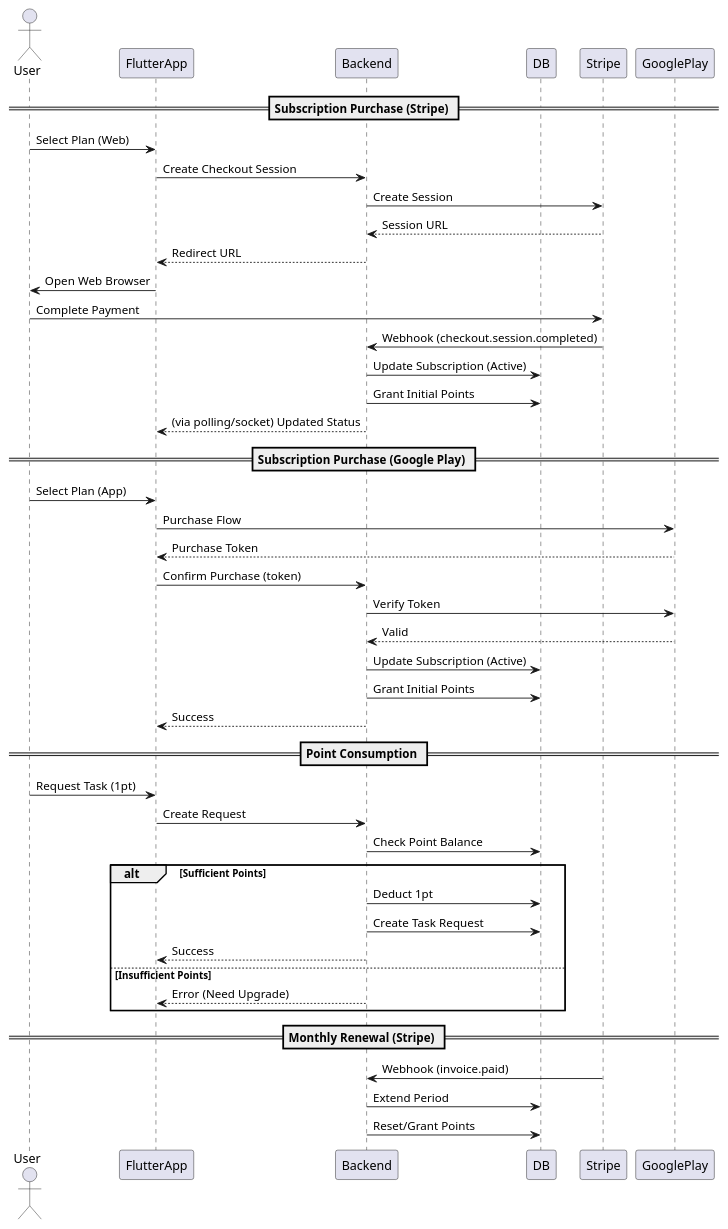
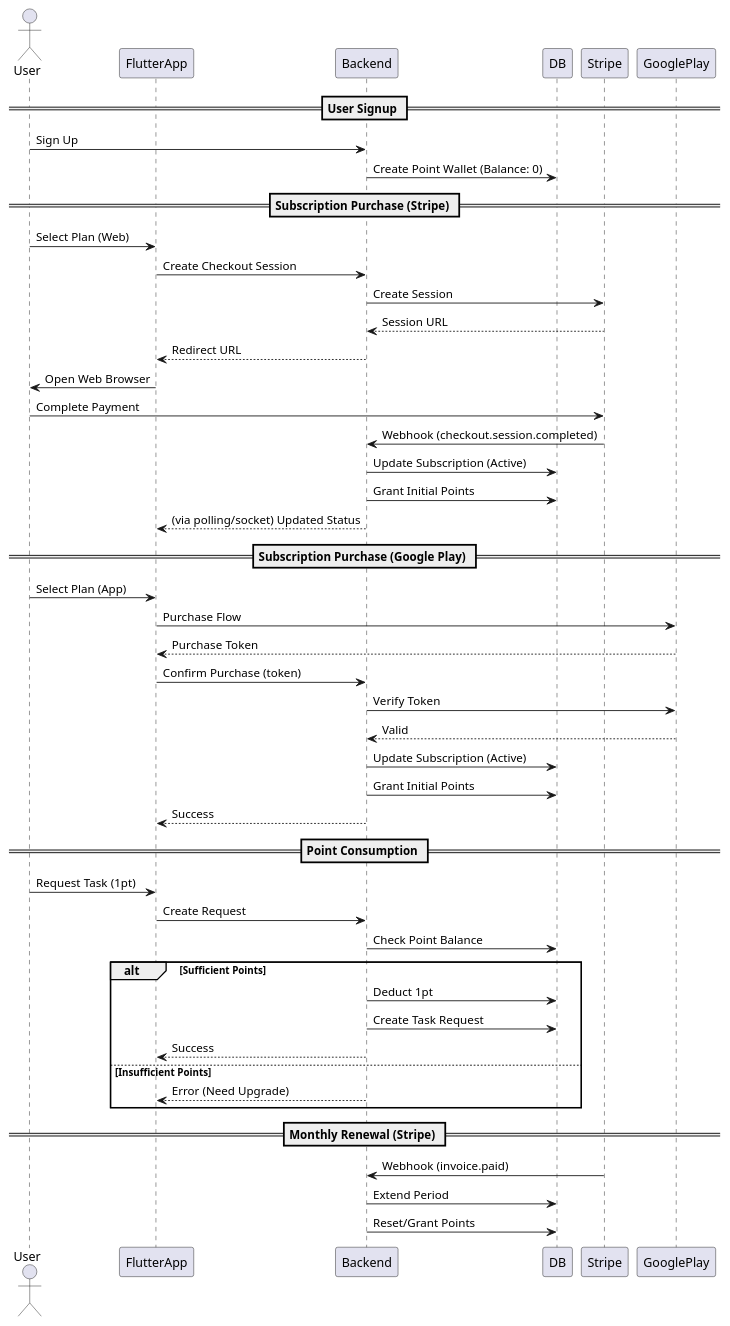
One commit to cloveclovedev/peppercheck changed the diagram in developer-docs/modules/ROOT/examples/features/subscription/sequence.pu. Above: the diagram before and after it, drawn with PlantUML. The commit also changed 5 other files, not shown here.

Commit message:
feat(supabase): add point wallet on auth user created (#180)

```diff
--- a/developer-docs/modules/ROOT/examples/features/subscription/sequence.pu
+++ b/developer-docs/modules/ROOT/examples/features/subscription/sequence.pu
@@ -1,50 +1,54 @@
 @startuml
 
 actor User
 participant FlutterApp
 participant Backend
 participant DB
 participant Stripe
 participant GooglePlay
+
+== User Signup ==
+User -> Backend: Sign Up
+Backend -> DB: Create Point Wallet (Balance: 0)
 
 == Subscription Purchase (Stripe) ==
 User -> FlutterApp: Select Plan (Web)
 FlutterApp -> Backend: Create Checkout Session
 Backend -> Stripe: Create Session
 Stripe --> Backend: Session URL
 Backend --> FlutterApp: Redirect URL
 FlutterApp -> User: Open Web Browser
 User -> Stripe: Complete Payment
 Stripe -> Backend: Webhook (checkout.session.completed)
 Backend -> DB: Update Subscription (Active)
 Backend -> DB: Grant Initial Points
 Backend --> FlutterApp: (via polling/socket) Updated Status
 
 == Subscription Purchase (Google Play) ==
 User -> FlutterApp: Select Plan (App)
 FlutterApp -> GooglePlay: Purchase Flow
 GooglePlay --> FlutterApp: Purchase Token
 FlutterApp -> Backend: Confirm Purchase (token)
 Backend -> GooglePlay: Verify Token
 GooglePlay --> Backend: Valid
 Backend -> DB: Update Subscription (Active)
 Backend -> DB: Grant Initial Points
 Backend --> FlutterApp: Success
 
 == Point Consumption ==
 User -> FlutterApp: Request Task (1pt)
 FlutterApp -> Backend: Create Request
 Backend -> DB: Check Point Balance
 alt Sufficient Points
     Backend -> DB: Deduct 1pt
     Backend -> DB: Create Task Request
     Backend --> FlutterApp: Success
 else Insufficient Points
     Backend --> FlutterApp: Error (Need Upgrade)
 end
 
 == Monthly Renewal (Stripe) ==
 Stripe -> Backend: Webhook (invoice.paid)
 Backend -> DB: Extend Period
 Backend -> DB: Reset/Grant Points
 @enduml
```
